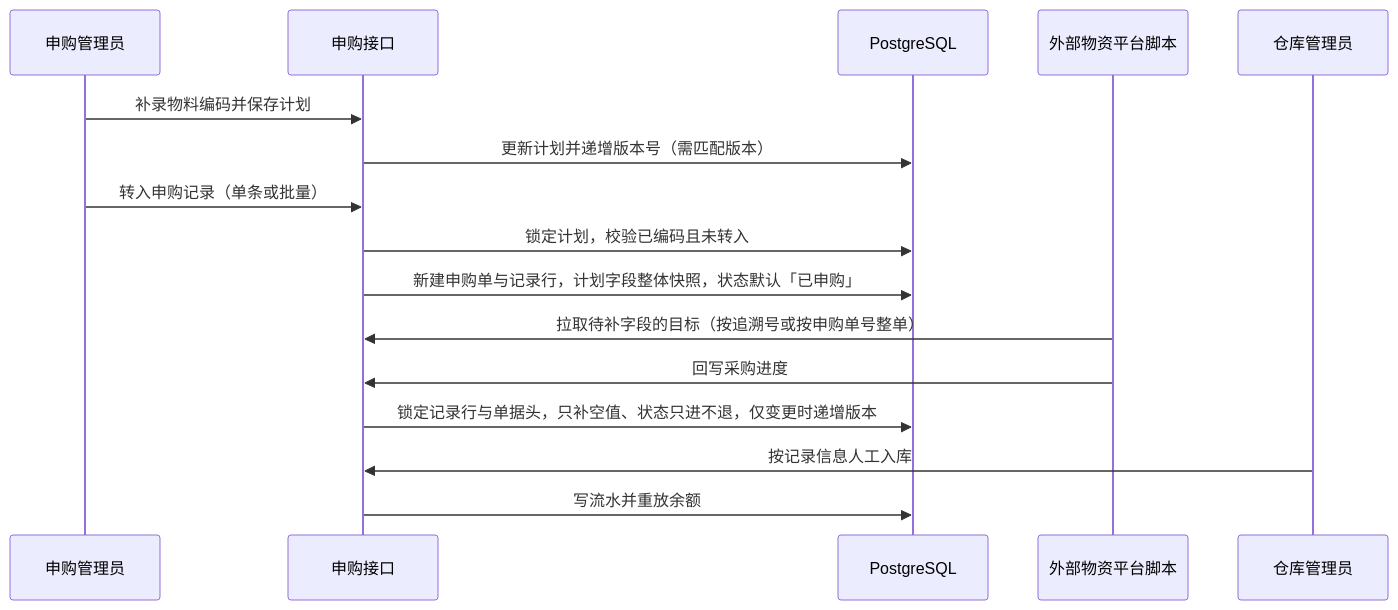
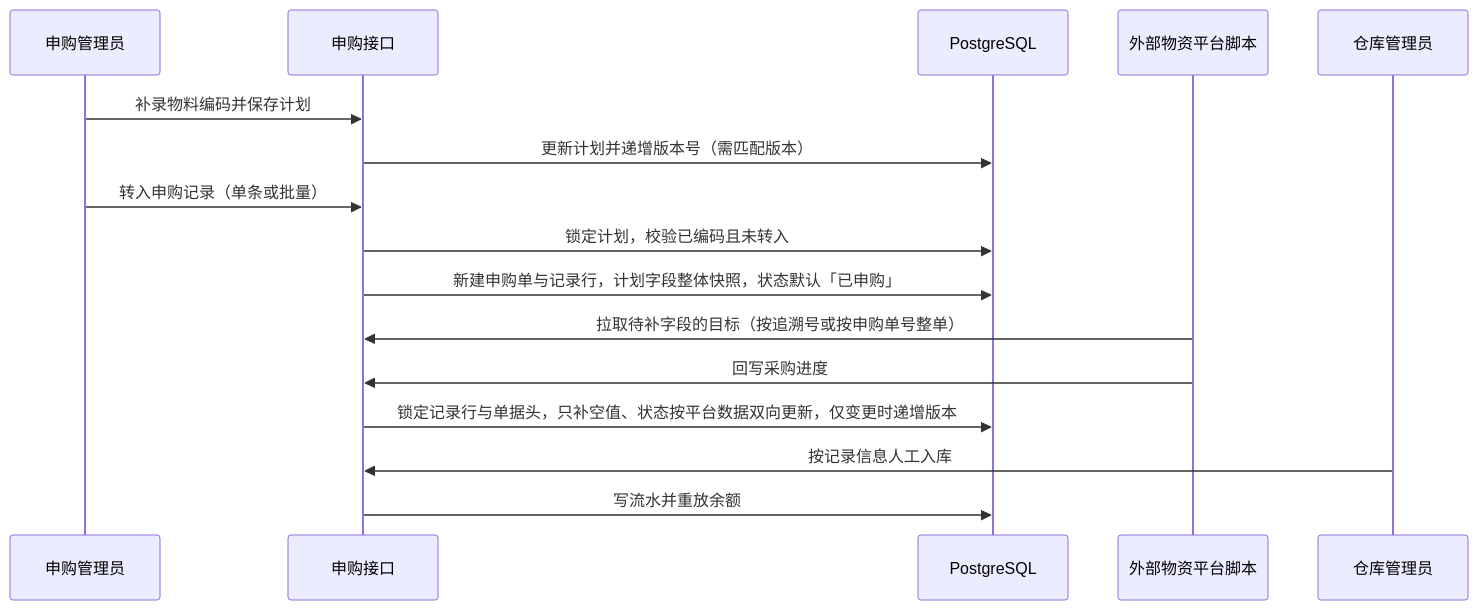
One commit to Sakana-1314/Electrical-Manager changed diagram 13 of 31 in docs/websites/pages/dev-flows.md. Above: the diagram before and after it, drawn with Mermaid. The commit also changed other lines of this file and 8 other files, not shown here.

````diff
--- a/docs/websites/pages/dev-flows.md
+++ b/docs/websites/pages/dev-flows.md
@@ -207,18 +207,18 @@
 ```mermaid
 sequenceDiagram
     participant P as 申购管理员
     participant API as 申购接口
     participant DB as PostgreSQL
     participant X as 外部物资平台脚本
     participant W as 仓库管理员
     P->>API: 补录物料编码并保存计划
     API->>DB: 更新计划并递增版本号（需匹配版本）
     P->>API: 转入申购记录（单条或批量）
     API->>DB: 锁定计划，校验已编码且未转入
     API->>DB: 新建申购单与记录行，计划字段整体快照，状态默认「已申购」
     X->>API: 拉取待补字段的目标（按追溯号或按申购单号整单）
     X->>API: 回写采购进度
-    API->>DB: 锁定记录行与单据头，只补空值、状态只进不退，仅变更时递增版本
+    API->>DB: 锁定记录行与单据头，只补空值、状态按平台数据双向更新，仅变更时递增版本
     W->>API: 按记录信息人工入库
     API->>DB: 写流水并重放余额
 ```
````
